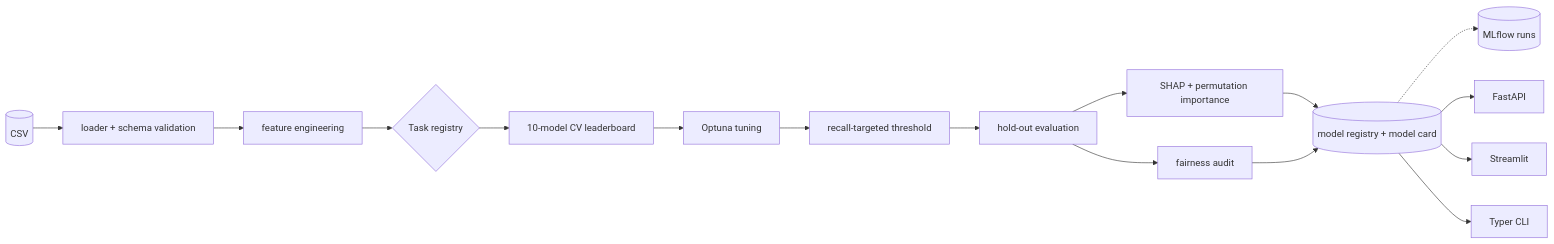
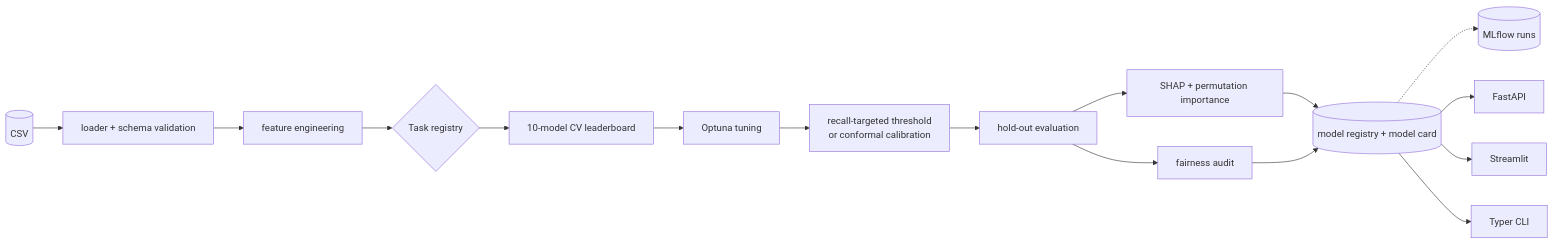
One commit to ZainDev04/edupulse changed the diagram in README.md. Above: the diagram before and after it, drawn with Mermaid. The commit also changed other lines of this file and 28 other files, not shown here.

````diff
--- a/README.md
+++ b/README.md
@@ -97,18 +99,18 @@
 ```mermaid
 flowchart LR
     RAW[(CSV)] --> LOAD[loader + schema validation]
     LOAD --> FE[feature engineering]
     FE --> TASK{Task registry}
     TASK --> LB[10-model CV leaderboard]
     LB --> OPT[Optuna tuning]
-    OPT --> THR[recall-targeted threshold]
+    OPT --> THR[recall-targeted threshold<br/>or conformal calibration]
     THR --> EVAL[hold-out evaluation]
     EVAL --> XAI[SHAP + permutation importance]
     EVAL --> FAIR[fairness audit]
     XAI --> REG[(model registry + model card)]
     FAIR --> REG
     REG -.-> MLF[(MLflow runs)]
     REG --> API[FastAPI]
     REG --> UI[Streamlit]
     REG --> CLI[Typer CLI]
 ```
````
